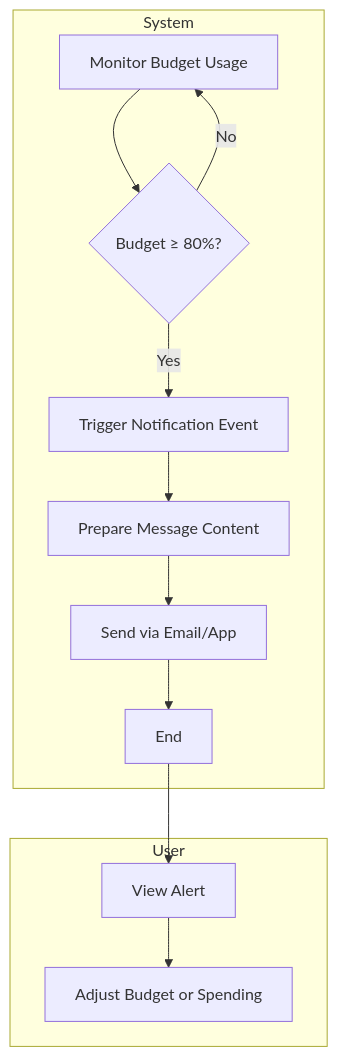
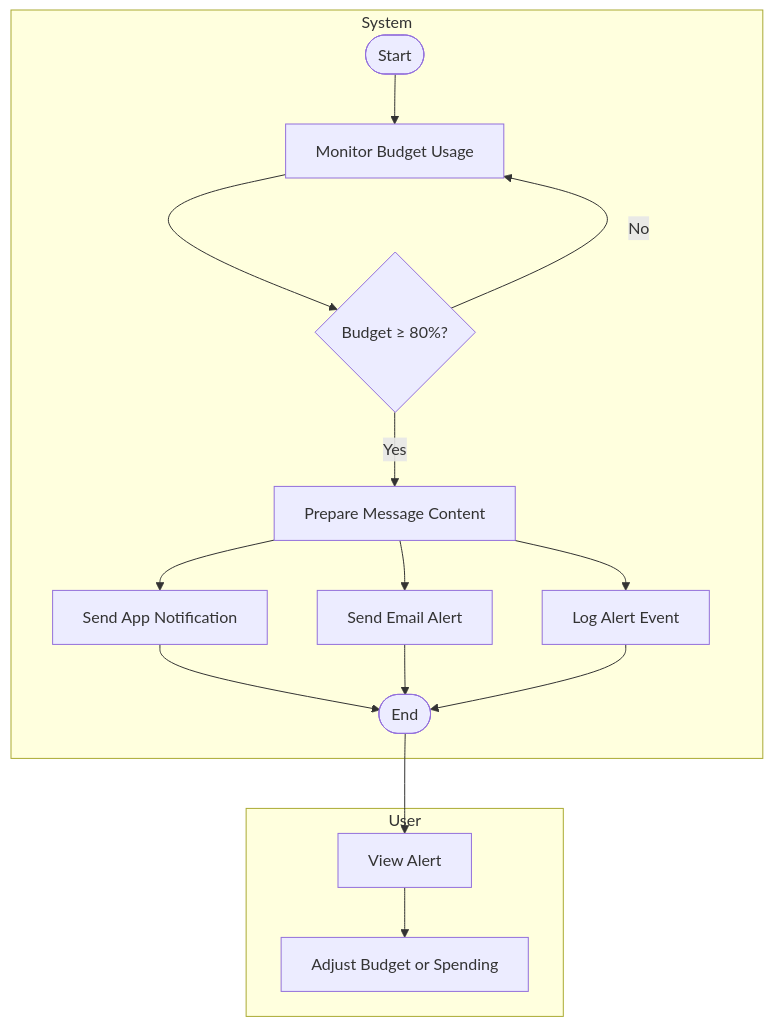
The eighth of 8 diagrams in Assignment_8/ACTIVITY_DIAGRAMS.md (Wareezy/Budget_Tracker), drawn with Mermaid before and after one commit. The commit also changed other lines of this file, not shown here.

````diff
--- a/Assignment_8/ACTIVITY_DIAGRAMS.md
+++ b/Assignment_8/ACTIVITY_DIAGRAMS.md
@@ -225,22 +175,21 @@
 ```mermaid
 
 flowchart TD
     subgraph System
-        A1[Monitor Budget Usage]
-        A2{Budget ≥ 80%?}
-        A3[Trigger Notification Event]
-        A4[Prepare Message Content]
-        A5[Send via Email/App]
-        A6[End]
+        A1([Start]) --> A2[Monitor Budget Usage] --> A3{Budget ≥ 80%?}
+        A3 -- Yes --> A4[Prepare Message Content]
+        A4 --> B1[Send App Notification] & B2[Send Email Alert] & B3[Log Alert Event]
+        B1 --> A5([End])
+        B2 --> A5
+        B3 --> A5
+        A3 -- No --> A2
     end
 
     subgraph User
-        B1[View Alert]
-        B2[Adjust Budget or Spending]
+        C1[View Alert]
+        C2[Adjust Budget or Spending]
     end
 
-    A1 --> A2
-    A2 -- Yes --> A3 --> A4 --> A5 --> A6 --> B1 --> B2
-    A2 -- No --> A1
+    A5 --> C1 --> C2
 
 ```
````
